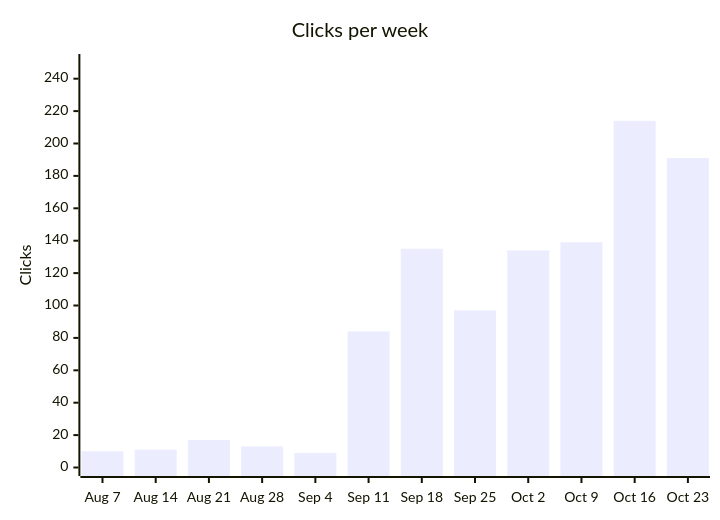
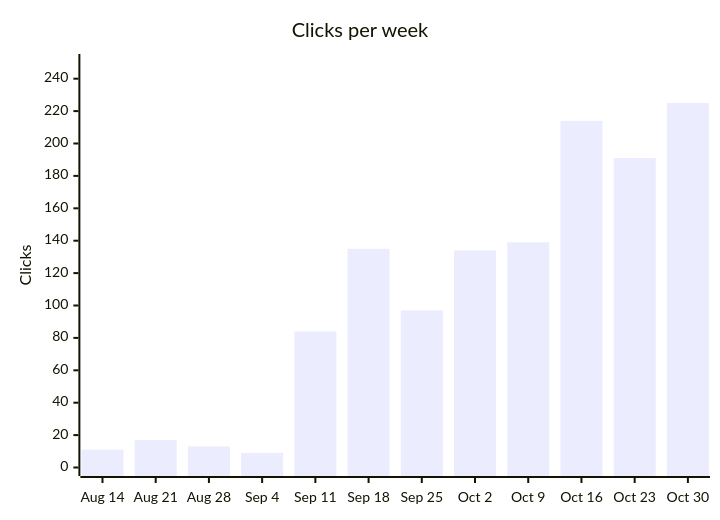
One commit to langx/website changed the first of 13 diagrams in latest.md. Above: the diagram before and after it, drawn with Mermaid. The commit also changed other lines of this file and 2 other files, not shown here.

````diff
--- a/latest.md
+++ b/latest.md
@@ -18,7 +18,7 @@
 ```mermaid
 xychart-beta
   title "Clicks per week"
-  x-axis ["Aug 7", "Aug 14", "Aug 21", "Aug 28", "Sep 4", "Sep 11", "Sep 18", "Sep 25", "Oct 2", "Oct 9", "Oct 16", "Oct 23"]
+  x-axis ["Aug 14", "Aug 21", "Aug 28", "Sep 4", "Sep 11", "Sep 18", "Sep 25", "Oct 2", "Oct 9", "Oct 16", "Oct 23", "Oct 30"]
   y-axis "Clicks" 0 --> 250
-  bar [10, 11, 17, 13, 9, 84, 135, 97, 134, 139, 214, 191]
+  bar [11, 17, 13, 9, 84, 135, 97, 134, 139, 214, 191, 225]
 ```
````
